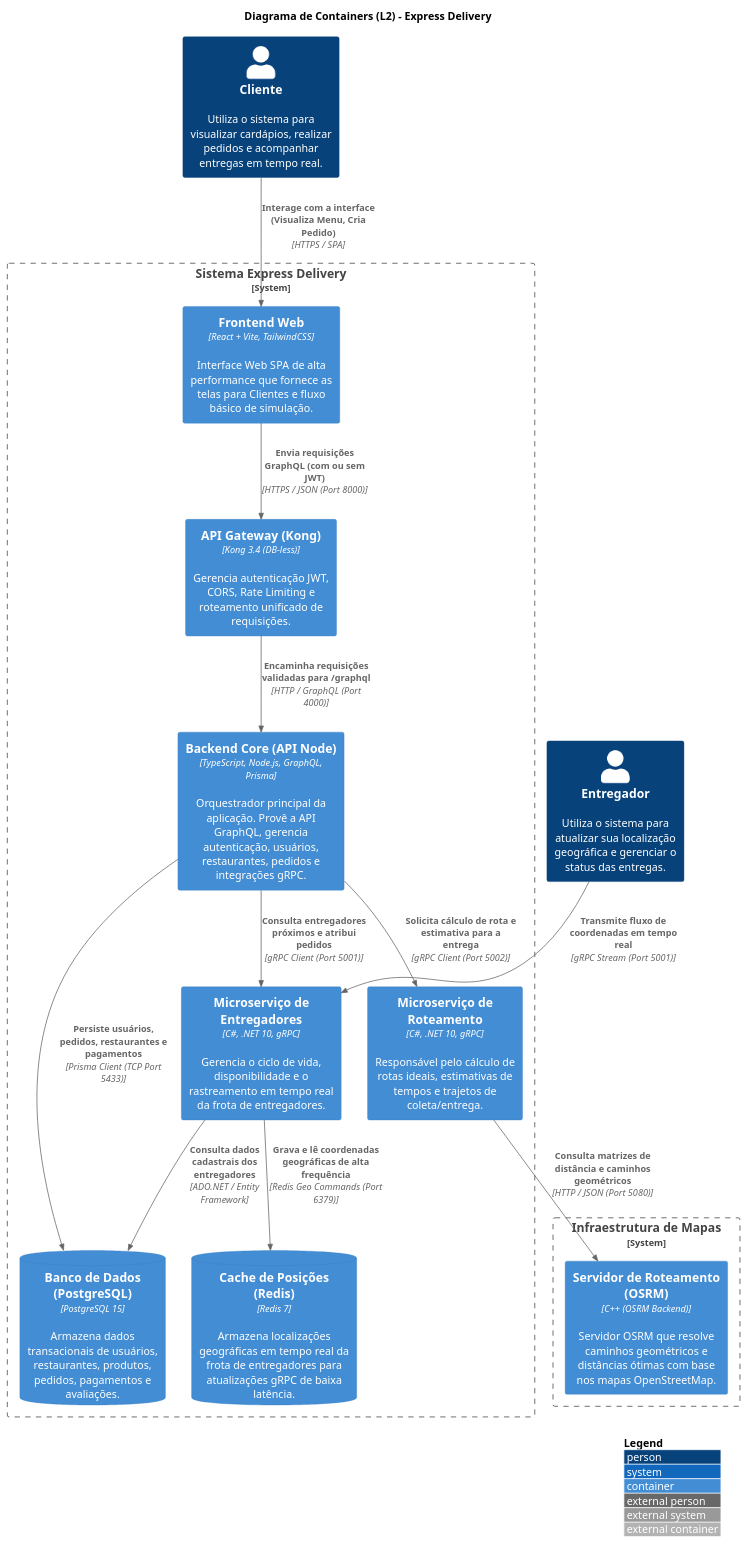
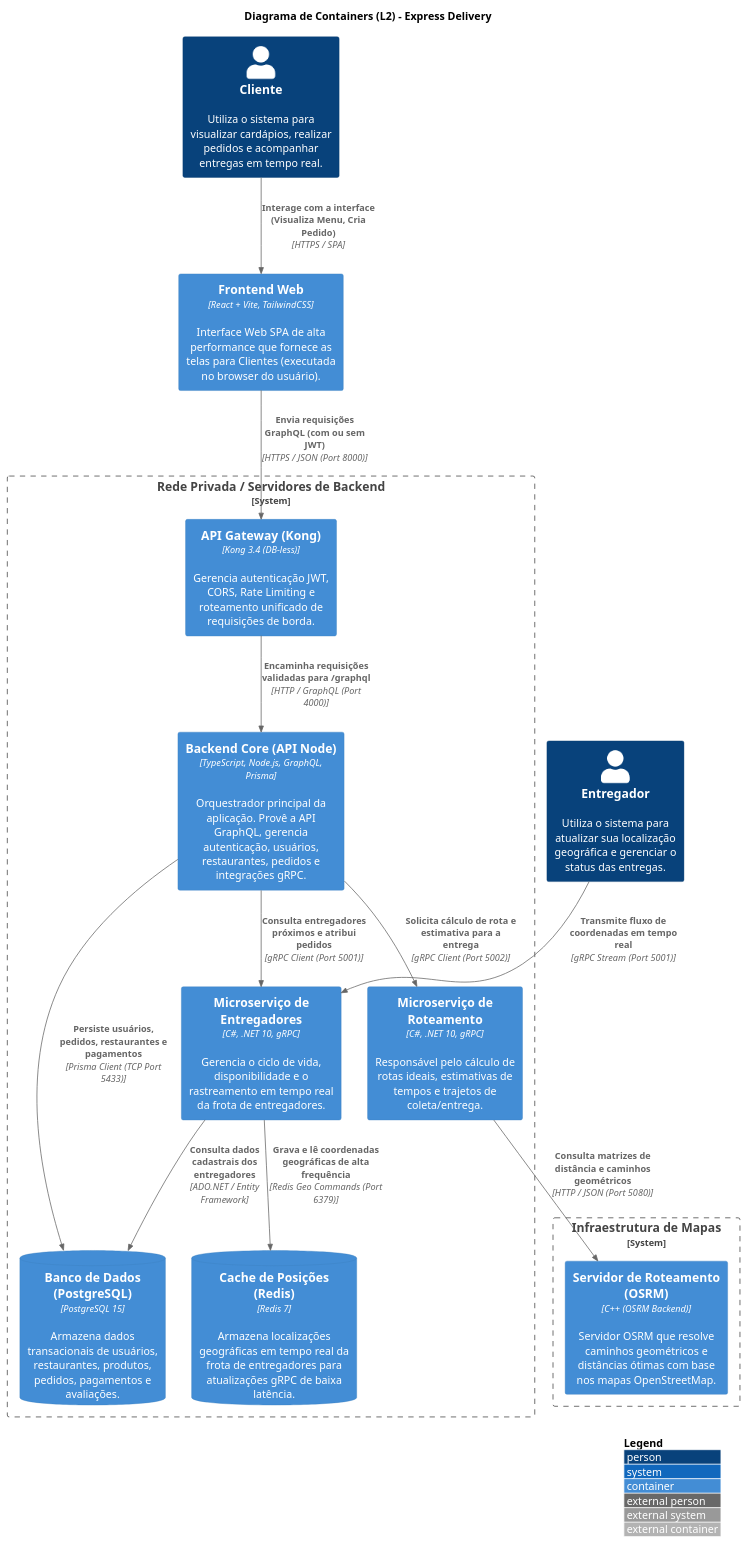
The diagram in doc/c4_l2_container.puml (arthurair3s/arquitetura-de-software), drawn with PlantUML before and after one commit. The commit also changed 1 other file, not shown here.

Commit message:
ajusta diagrama c4 l2 e readme.md

```diff
--- a/doc/c4_l2_container.puml
+++ b/doc/c4_l2_container.puml
@@ -1,73 +1,73 @@
 @startuml C4_L2_Container
 !include https://raw.githubusercontent.com/plantuml-stdlib/C4-PlantUML/master/C4_Container.puml
 
 LAYOUT_WITH_LEGEND()
 
 title Diagrama de Containers (L2) - Express Delivery
 
 ' -------------------------------------------------------------
 ' ATORES / PESSOAS
 ' -------------------------------------------------------------
 Person(cliente, "Cliente", "Utiliza o sistema para visualizar cardápios, realizar pedidos e acompanhar entregas em tempo real.")
 Person(entregador, "Entregador", "Utiliza o sistema para atualizar sua localização geográfica e gerenciar o status das entregas.")
 
+' Frontend Container (Executado no dispositivo do cliente)
+Container(frontend, "Frontend Web", "React + Vite, TailwindCSS", "Interface Web SPA de alta performance que fornece as telas para Clientes (executada no browser do usuário).")
+
 ' -------------------------------------------------------------
-' SISTEMA EXPRESS DELIVERY (FRONTEIRA DE CONTAINERS)
+' REDE PRIVADA / BACKEND
 ' -------------------------------------------------------------
-System_Boundary(express_delivery, "Sistema Express Delivery") {
+System_Boundary(private_backend, "Rede Privada / Servidores de Backend") {
     
-    ' Frontend Container
-    Container(frontend, "Frontend Web", "React + Vite, TailwindCSS", "Interface Web SPA de alta performance que fornece as telas para Clientes e fluxo básico de simulação.")
-
-    ' API Gateway Container
-    Container(gateway, "API Gateway (Kong)", "Kong 3.4 (DB-less)", "Gerencia autenticação JWT, CORS, Rate Limiting e roteamento unificado de requisições.")
+    ' API Gateway Container (Edge Entrypoint)
+    Container(gateway, "API Gateway (Kong)", "Kong 3.4 (DB-less)", "Gerencia autenticação JWT, CORS, Rate Limiting e roteamento unificado de requisições de borda.")
 
     ' Core Backend Container (GraphQL API)
     Container(api_node, "Backend Core (API Node)", "TypeScript, Node.js, GraphQL, Prisma", "Orquestrador principal da aplicação. Provê a API GraphQL, gerencia autenticação, usuários, restaurantes, pedidos e integrações gRPC.")
 
     ' Microserviço de Entregadores (.NET 10)
     Container(ms_entregadores, "Microserviço de Entregadores", "C#, .NET 10, gRPC", "Gerencia o ciclo de vida, disponibilidade e o rastreamento em tempo real da frota de entregadores.")
 
     ' Microserviço de Roteamento (.NET 10)
     Container(ms_roteamento, "Microserviço de Roteamento", "C#, .NET 10, gRPC", "Responsável pelo cálculo de rotas ideais, estimativas de tempos e trajetos de coleta/entrega.")
 
     ' Armazenamento de Dados Relacional
     ContainerDb(db_postgres, "Banco de Dados (PostgreSQL)", "PostgreSQL 15", "Armazena dados transacionais de usuários, restaurantes, produtos, pedidos, pagamentos e avaliações.")
 
     ' Armazenamento Cache e In-Memory (Redis)
     ContainerDb(db_redis, "Cache de Posições (Redis)", "Redis 7", "Armazena localizações geográficas em tempo real da frota de entregadores para atualizações gRPC de baixa latência.")
 }
 
 ' -------------------------------------------------------------
 ' SISTEMAS EXTERNOS / DEPENDÊNCIAS
 ' -------------------------------------------------------------
 System_Boundary(infra_osrm, "Infraestrutura de Mapas") {
     Container(osrm_server, "Servidor de Roteamento (OSRM)", "C++ (OSRM Backend)", "Servidor OSRM que resolve caminhos geométricos e distâncias ótimas com base nos mapas OpenStreetMap.")
 }
 
 ' -------------------------------------------------------------
 ' RELACIONAMENTOS / FLUXOS DE COMUNICAÇÃO
 ' -------------------------------------------------------------
 
 ' Fluxo do Cliente
 Rel(cliente, frontend, "Interage com a interface (Visualiza Menu, Cria Pedido)", "HTTPS / SPA")
 Rel(frontend, gateway, "Envia requisições GraphQL (com ou sem JWT)", "HTTPS / JSON (Port 8000)")
 
 ' Fluxo do Entregador
 Rel(entregador, ms_entregadores, "Transmite fluxo de coordenadas em tempo real", "gRPC Stream (Port 5001)")
 
 ' Fluxo do Gateway
 Rel(gateway, api_node, "Encaminha requisições validadas para /graphql", "HTTP / GraphQL (Port 4000)")
 
 ' Fluxo do API Node
 Rel(api_node, db_postgres, "Persiste usuários, pedidos, restaurantes e pagamentos", "Prisma Client (TCP Port 5433)")
 Rel(api_node, ms_entregadores, "Consulta entregadores próximos e atribui pedidos", "gRPC Client (Port 5001)")
 Rel(api_node, ms_roteamento, "Solicita cálculo de rota e estimativa para a entrega", "gRPC Client (Port 5002)")
 
 ' Fluxo dos Microserviços
 Rel(ms_entregadores, db_postgres, "Consulta dados cadastrais dos entregadores", "ADO.NET / Entity Framework")
 Rel(ms_entregadores, db_redis, "Grava e lê coordenadas geográficas de alta frequência", "Redis Geo Commands (Port 6379)")
 
 Rel(ms_roteamento, osrm_server, "Consulta matrizes de distância e caminhos geométricos", "HTTP / JSON (Port 5080)")
 
 @enduml
```
